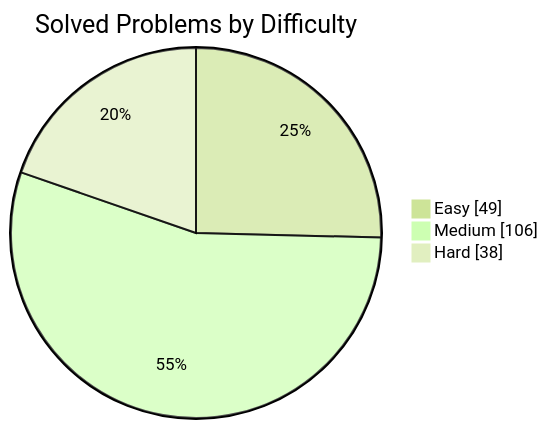
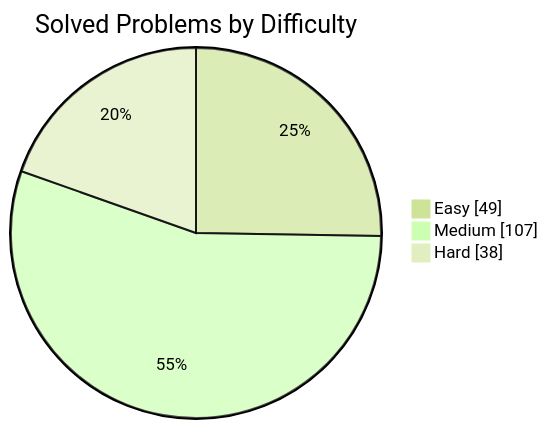
The first of 2 diagrams in README.md (manikantbindass/DSA-Preparation-FAANG), drawn with Mermaid (forest theme) before and after one commit. The commit also changed other lines of this file, not shown here.

````diff
--- a/README.md
+++ b/README.md
@@ -38,7 +38,7 @@
 ```mermaid
 pie showData
     title Solved Problems by Difficulty
     "Easy" : 49
-    "Medium" : 106
+    "Medium" : 107
     "Hard" : 38
 ```
````
